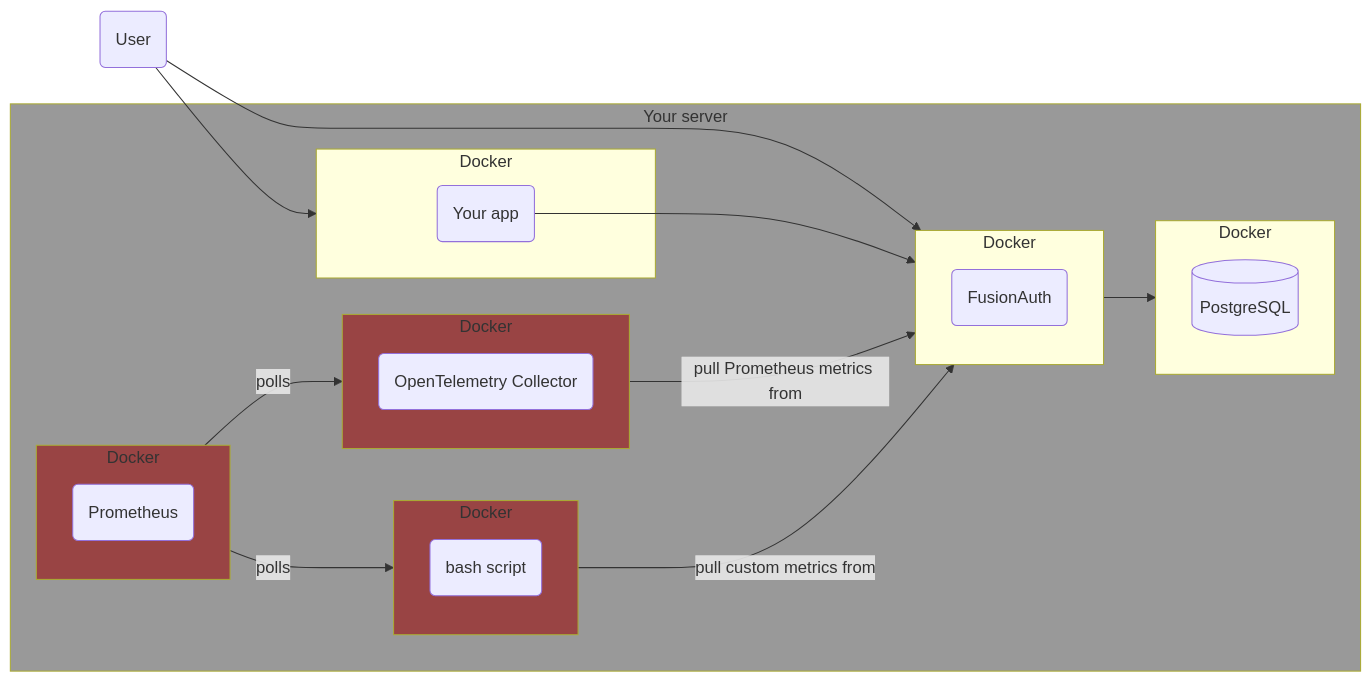
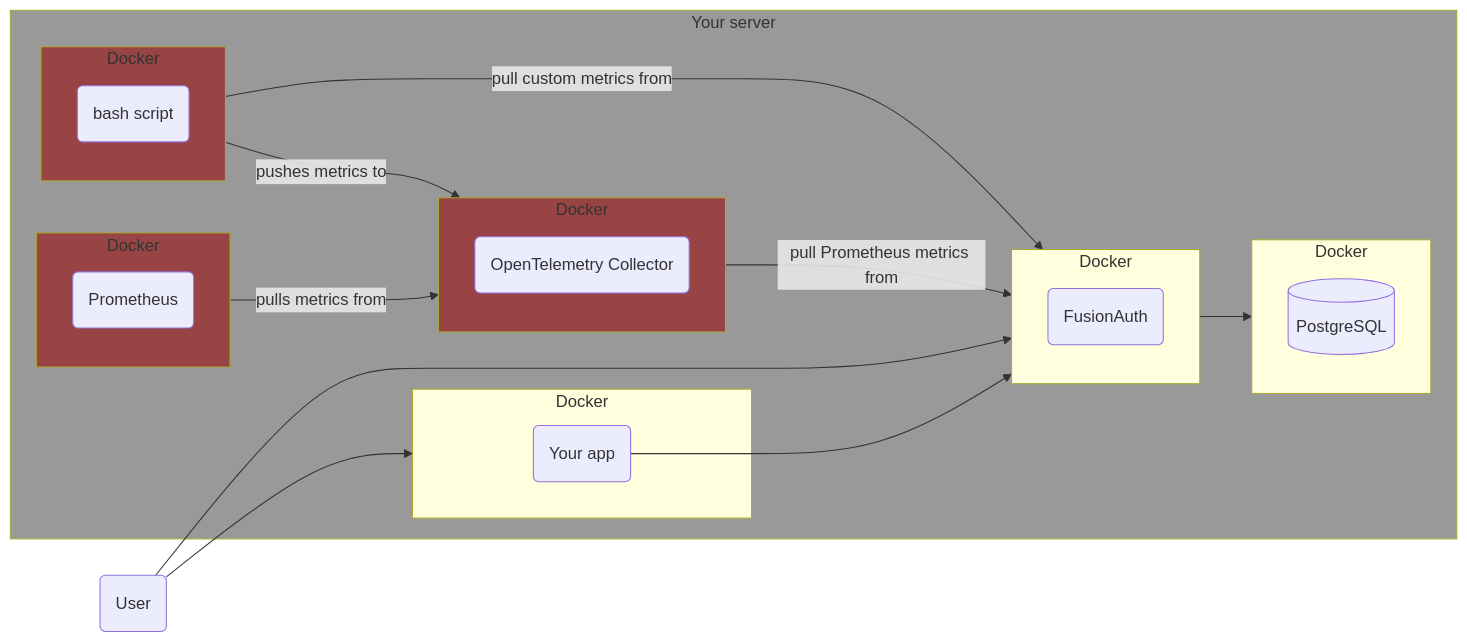
The diagram in astro/src/content/docs/operate/secure-and-monitor/opentelemetry2.mdx (FusionAuth/fusionauth-site), drawn with Mermaid before and after one commit. The commit also changed other lines of this file, not shown here.

````diff
--- a/astro/src/content/docs/operate/secure-and-monitor/opentelemetry2.mdx
+++ b/astro/src/content/docs/operate/secure-and-monitor/opentelemetry2.mdx
@@ -69,36 +69,36 @@
 ```mermaid
 graph LR
   D(User)
   subgraph I[Your server]
     subgraph G[Docker]
       H[(PostgreSQL)]
     end
     subgraph C[Docker]
       A(FusionAuth)
     end
     subgraph P[Docker]
       Q(OpenTelemetry Collector)
     end
     subgraph E[Docker]
       B(Prometheus)
     end
     subgraph K[Docker]
       L(bash script)
     end
     subgraph J[Docker]
       F(Your app)
     end
   end
   D --> J
   D --> C
   C --> G
   F --> C
-  E --> |polls| K
-  E --> |polls| P
+  K --> |pushes metrics to| P
+  E --> |pulls metrics from| P
   P --> |pull Prometheus metrics from| C
   K --> |pull custom metrics from| C
   style I fill:#999
   style E fill:#944
   style K fill:#944
   style P fill:#944
 ```
````
